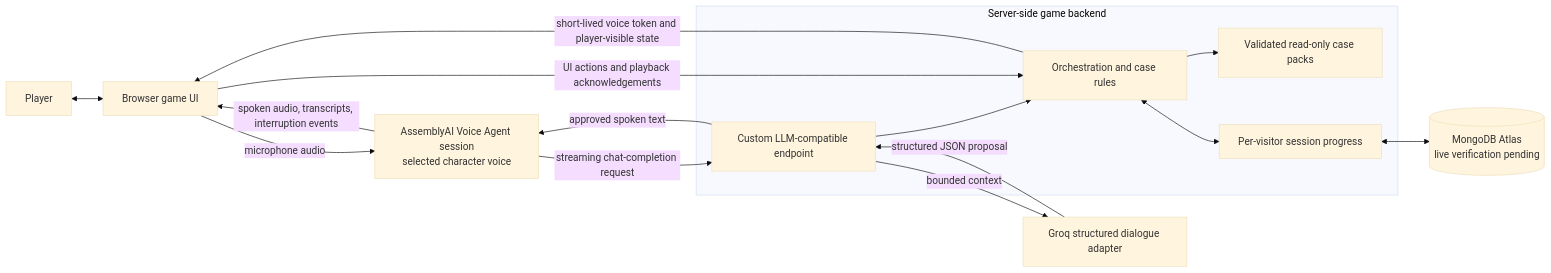
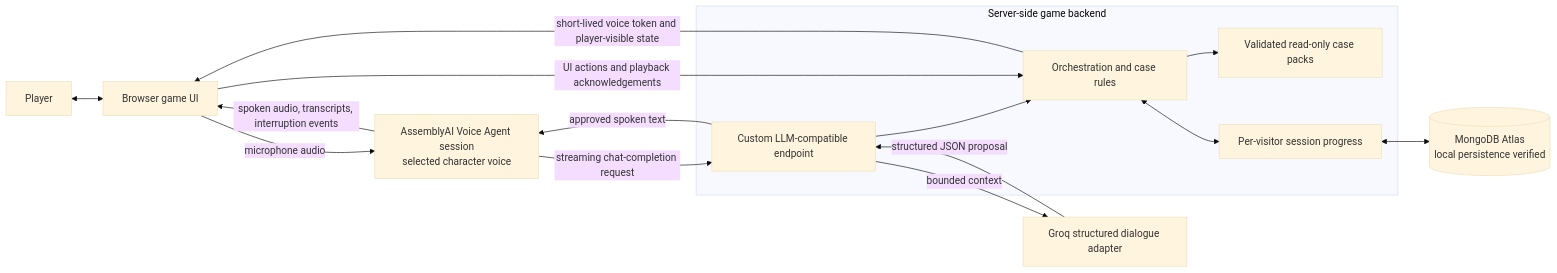
Before and after one commit to Sayyam2911/voice-native-mystery: the diagram in architecture/hld.md, drawn with Mermaid (base theme). The commit also changed other lines of this file and 8 other files, not shown here.

Commit message:
Verify Atlas persistence and session recovery

````diff
--- a/architecture/hld.md
+++ b/architecture/hld.md
@@ -7,22 +7,22 @@
 ```mermaid
 flowchart LR
     Player[Player] <--> Web[Browser game UI]
     Web -- microphone audio --> Voice[AssemblyAI Voice Agent session<br/>selected character voice]
     Voice -- spoken audio, transcripts, interruption events --> Web
     subgraph Backend[Server-side game backend]
         Game[Orchestration and case rules]
         Dialog[Custom LLM-compatible endpoint]
         Packs[Validated read-only case packs]
         Sessions[Per-visitor session progress]
         Game --> Packs
         Game <--> Sessions
         Dialog --> Game
     end
     Web -- UI actions and playback acknowledgements --> Game
     Game -- short-lived voice token and player-visible state --> Web
     Voice -- streaming chat-completion request --> Dialog
     Dialog -- approved spoken text --> Voice
     Dialog -- bounded context --> LLM[Groq structured dialogue adapter]
     LLM -- structured JSON proposal --> Dialog
-    Sessions <--> DB[(MongoDB Atlas<br/>live verification pending)]
+    Sessions <--> DB[(MongoDB Atlas<br/>local persistence verified)]
 ```
````
